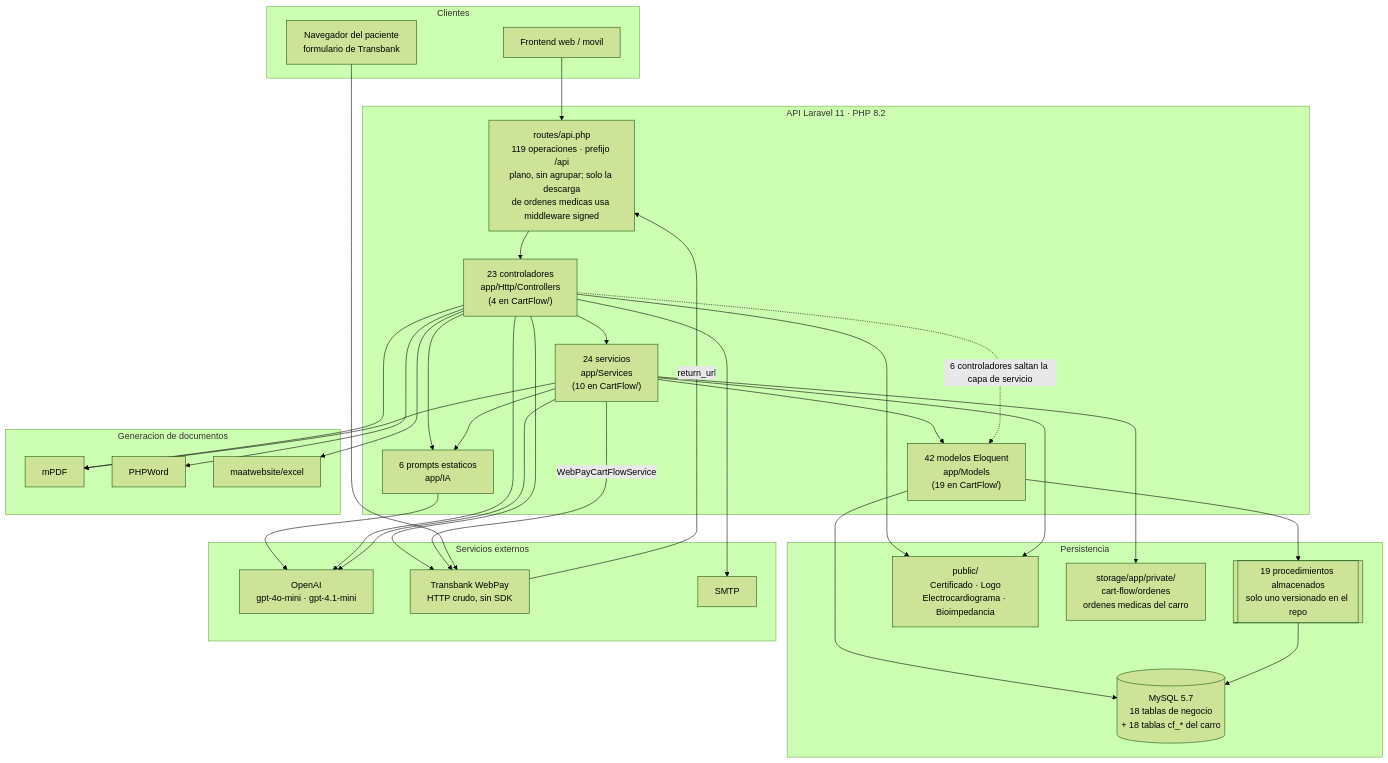
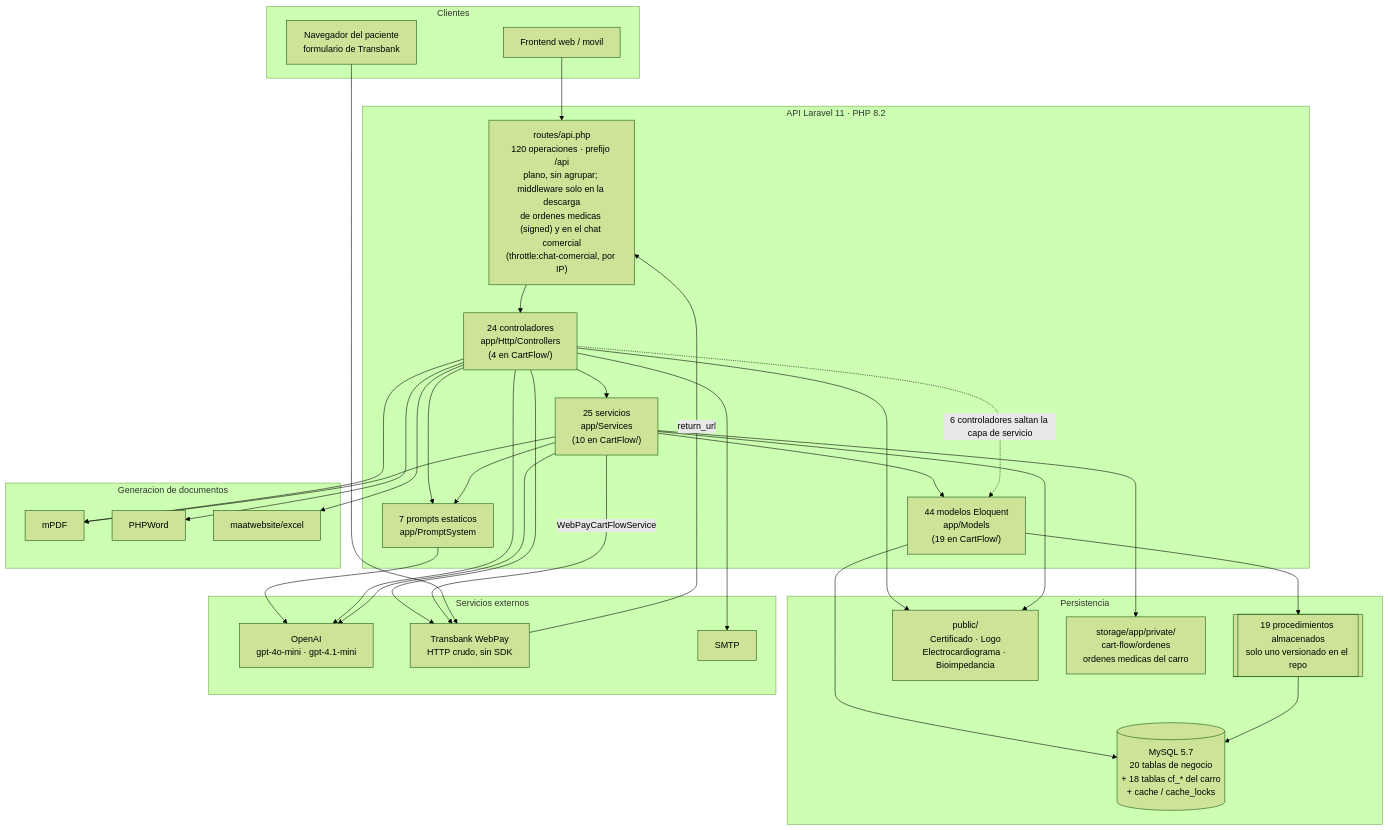
Before and after one commit to Nruz-app/laravel-back-end-ergosanitas-app: the first of 6 diagrams in docs/arquitectura.md, drawn with Mermaid (forest theme). The commit also changed other lines of this file and 17 other files, not shown here.

First line of the commit message:
docs: contrato OpenAPI, diagramas, Postman y guias del chat comercial

````diff
--- a/docs/arquitectura.md
+++ b/docs/arquitectura.md
@@ -17,61 +17,61 @@
 ```mermaid
 flowchart TB
     subgraph cliente["Clientes"]
         WEB["Frontend web / movil"]
         NAV["Navegador del paciente<br/>formulario de Transbank"]
     end
 
     subgraph laravel["API Laravel 11 · PHP 8.2"]
-        RUTAS["routes/api.php<br/>119 operaciones · prefijo /api<br/>plano, sin agrupar; solo la descarga<br/>de ordenes medicas usa middleware signed"]
-        CTRL["23 controladores<br/>app/Http/Controllers<br/>(4 en CartFlow/)"]
-        SRV["24 servicios<br/>app/Services<br/>(10 en CartFlow/)"]
-        MOD["42 modelos Eloquent<br/>app/Models<br/>(19 en CartFlow/)"]
-        IA["6 prompts estaticos<br/>app/IA"]
+        RUTAS["routes/api.php<br/>120 operaciones · prefijo /api<br/>plano, sin agrupar; middleware solo en la descarga<br/>de ordenes medicas (signed) y en el chat comercial<br/>(throttle:chat-comercial, por IP)"]
+        CTRL["24 controladores<br/>app/Http/Controllers<br/>(4 en CartFlow/)"]
+        SRV["25 servicios<br/>app/Services<br/>(10 en CartFlow/)"]
+        MOD["44 modelos Eloquent<br/>app/Models<br/>(19 en CartFlow/)"]
+        IA["7 prompts estaticos<br/>app/PromptSystem"]
     end
 
     subgraph datos["Persistencia"]
-        MYSQL[("MySQL 5.7<br/>18 tablas de negocio<br/>+ 18 tablas cf_* del carro")]
+        MYSQL[("MySQL 5.7<br/>20 tablas de negocio<br/>+ 18 tablas cf_* del carro<br/>+ cache / cache_locks")]
         SP[["19 procedimientos almacenados<br/>solo uno versionado en el repo"]]
         FS["public/<br/>Certificado · Logo<br/>Electrocardiograma · Bioimpedancia"]
         PRIV["storage/app/private/<br/>cart-flow/ordenes<br/>ordenes medicas del carro"]
     end
 
     subgraph externos["Servicios externos"]
         OAI["OpenAI<br/>gpt-4o-mini · gpt-4.1-mini"]
         TBK["Transbank WebPay<br/>HTTP crudo, sin SDK"]
         SMTP["SMTP"]
     end
 
     subgraph libs["Generacion de documentos"]
         MPDF["mPDF"]
         WORD["PHPWord"]
         XLS["maatwebsite/excel"]
     end
 
     WEB --> RUTAS
     RUTAS --> CTRL
     CTRL --> SRV
     SRV --> MOD
     MOD --> MYSQL
     MOD --> SP
     SP --> MYSQL
 
     CTRL -.->|"6 controladores saltan la capa de servicio"| MOD
     CTRL --> FS
     SRV --> FS
     CTRL --> IA
     SRV --> IA
     IA --> OAI
     CTRL --> OAI
     SRV --> OAI
     CTRL --> TBK
     SRV -->|"WebPayCartFlowService"| TBK
     SRV --> PRIV
     NAV --> TBK
     TBK -->|"return_url"| RUTAS
     CTRL --> SMTP
     CTRL --> MPDF
     CTRL --> WORD
     CTRL --> XLS
     SRV --> MPDF
 ```
````
